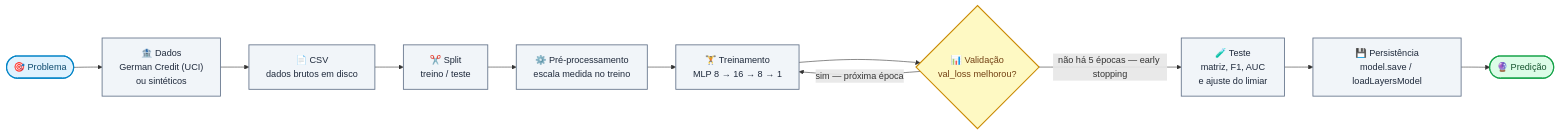
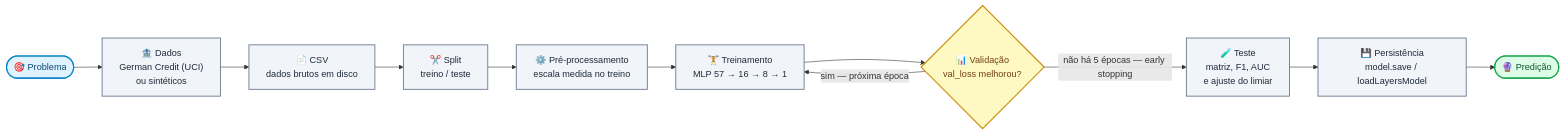
Before and after one commit to Felps03/tfjs-credit-risk-classifier: the first of 2 diagrams in README.md, drawn with Mermaid. The commit also changed other lines of this file and 1 other file, not shown here.

````diff
--- a/README.md
+++ b/README.md
@@ -7,24 +7,24 @@
 ```mermaid
 flowchart LR
     A(["🎯 Problema"]) --> B["🏦 Dados<br/>German Credit (UCI)<br/>ou sintéticos"]
     B --> B2["📄 CSV<br/>dados brutos em disco"]
     B2 --> S["✂️ Split<br/>treino / teste"]
     S --> C["⚙️ Pré-processamento<br/>escala medida no treino"]
-    C --> D["🏋️ Treinamento<br/>MLP 8 → 16 → 8 → 1"]
+    C --> D["🏋️ Treinamento<br/>MLP 57 → 16 → 8 → 1"]
     D --> E{"📊 Validação<br/>val_loss melhorou?"}
     E -->|"sim — próxima época"| D
     E -->|"não há 5 épocas — early stopping"| F["🧪 Teste<br/>matriz, F1, AUC<br/>e ajuste do limiar"]
     F --> G["💾 Persistência<br/>model.save / loadLayersModel"]
     G --> H(["🔮 Predição"])
 
     classDef start fill:#e0f2fe,stroke:#0284c7,stroke-width:2px,color:#0c4a6e
     classDef step  fill:#f1f5f9,stroke:#64748b,stroke-width:1.5px,color:#1e293b
     classDef check fill:#fef9c3,stroke:#ca8a04,stroke-width:2px,color:#713f12
     classDef final fill:#dcfce7,stroke:#16a34a,stroke-width:2px,color:#14532d
 
     class A start
     class B,B2,S,C,D step
     class E check
     class F,G step
     class H final
 ```
````
